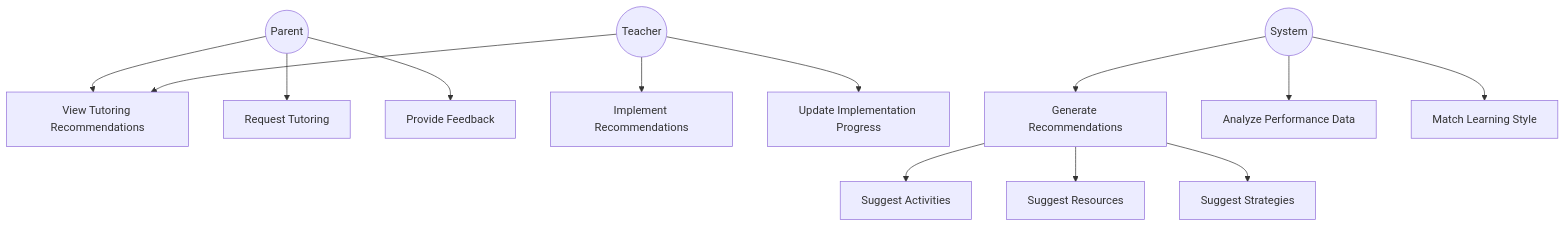
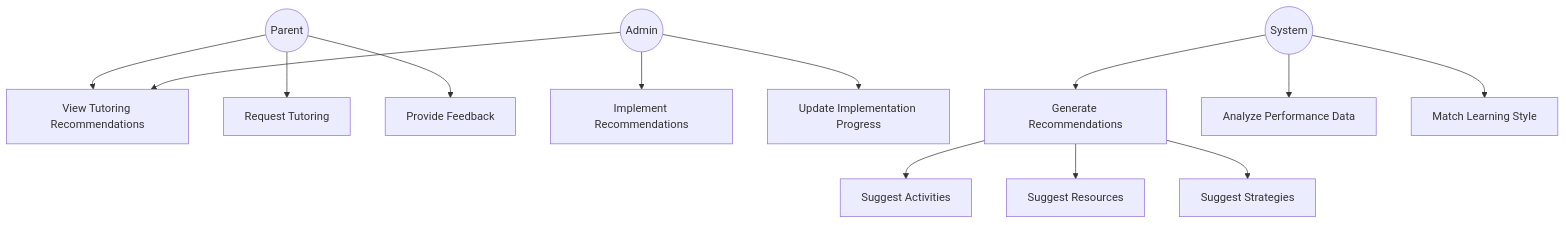
Before and after one commit to TongYwen/childfyp5: the sixth of 18 diagrams in diagrams.md, drawn with Mermaid. The commit also changed other lines of this file, not shown here.

First line of the commit message:
Update diagrams to remove Teacher role

````diff
--- a/diagrams.md
+++ b/diagrams.md
@@ -119,22 +111,22 @@
 ```mermaid
 graph TD
     Parent((Parent))
-    Teacher((Teacher))
+    Admin((Admin))
     System((System))
 
     Parent --> ViewRecommendations[View Tutoring Recommendations]
     Parent --> RequestTutoring[Request Tutoring]
     Parent --> ProvideFeedback[Provide Feedback]
 
-    Teacher --> ViewRecommendations
-    Teacher --> ImplementRecommendations[Implement Recommendations]
-    Teacher --> UpdateProgress[Update Implementation Progress]
+    Admin --> ViewRecommendations
+    Admin --> ImplementRecommendations[Implement Recommendations]
+    Admin --> UpdateProgress[Update Implementation Progress]
 
     System --> GenerateRecommendations[Generate Recommendations]
     System --> AnalyzePerformance[Analyze Performance Data]
     System --> MatchLearningStyle[Match Learning Style]
 
     GenerateRecommendations --> SuggestActivities[Suggest Activities]
     GenerateRecommendations --> SuggestResources[Suggest Resources]
     GenerateRecommendations --> SuggestStrategies[Suggest Strategies]
 ```
````
